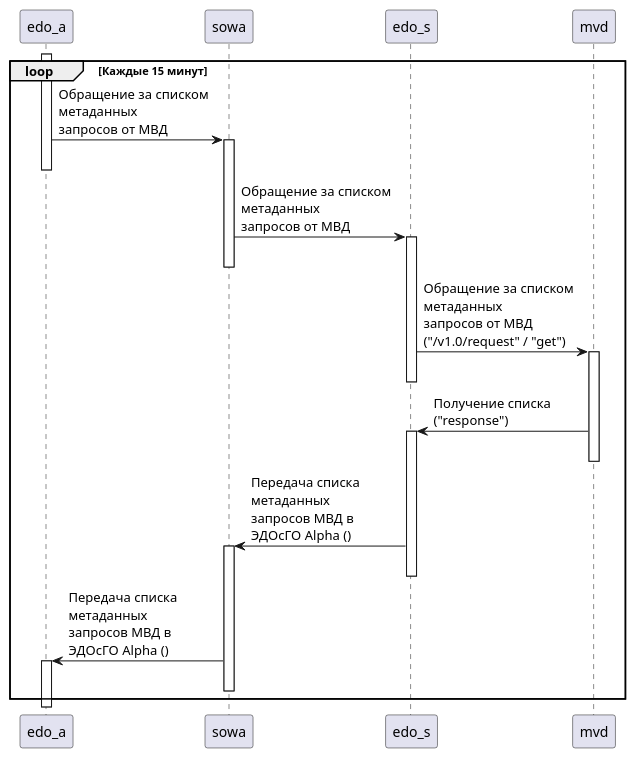
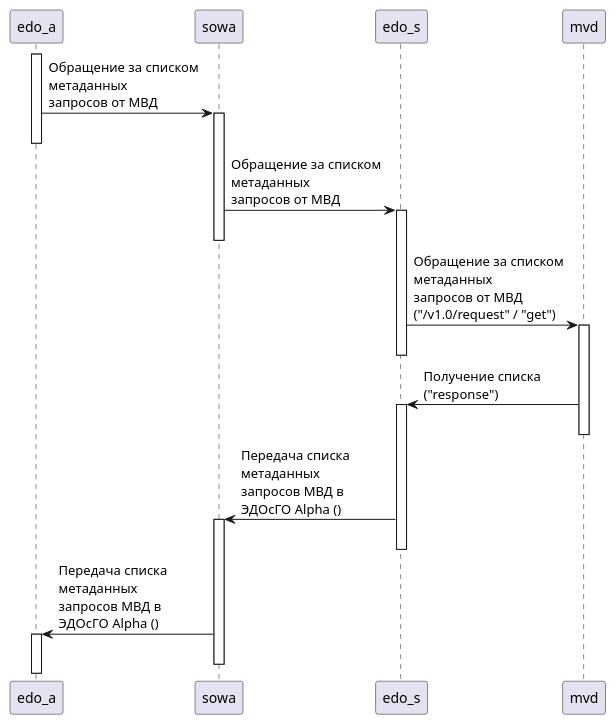
The diagram in test.puml (denser-ru/for_tests), drawn with PlantUML before and after one commit.

```diff
--- a/test.puml
+++ b/test.puml
@@ -1,19 +1,19 @@
 @startuml Схема интеграционного взаимодействия получения IP по перс. данным
 
-loop Каждые 15 минут
+' loop Каждые 15 минут
 activate edo_a
 edo_a -> sowa++: Обращение за списком \nметаданных \nзапросов от МВД
 deactivate edo_a
 sowa ->edo_s++: Обращение за списком \nметаданных \nзапросов от МВД
 deactivate sowa
 edo_s -> mvd++: Обращение за списком \nметаданных \nзапросов от МВД \n("/v1.0/request" / "get")
 deactivate edo_s
 mvd -> edo_s++: Получение списка \n("response")
 deactivate mvd
 edo_s -> sowa++: Передача списка \nметаданных \nзапросов МВД в \nЭДОсГО Alpha ()
 deactivate edo_s
 sowa -> edo_a++: Передача списка \nметаданных \nзапросов МВД в \nЭДОсГО Alpha ()
 deactivate sowa
-end
+' end
 
 @enduml
```
